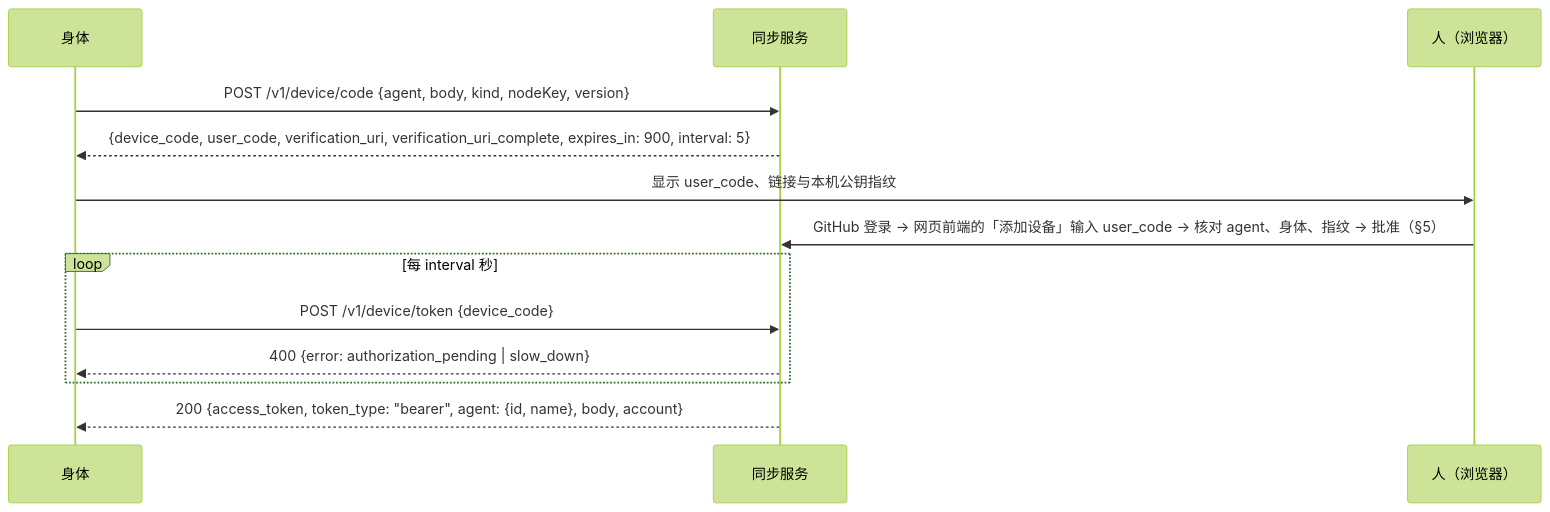
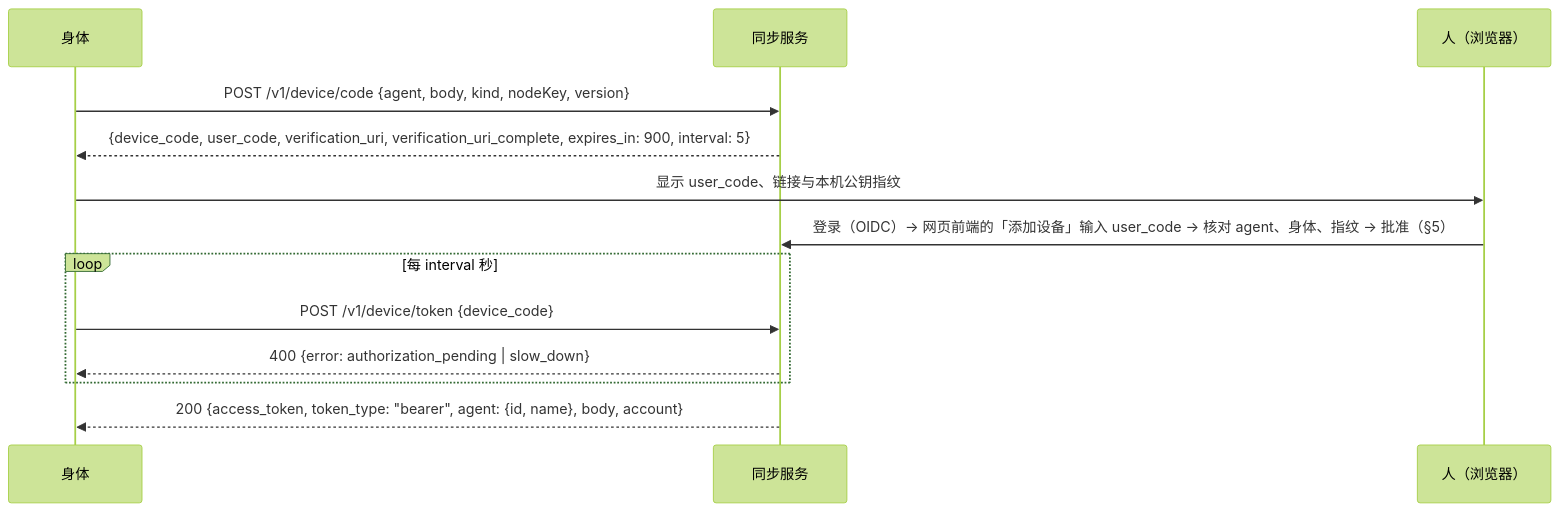
The first of 3 diagrams in sync/docs/PROTOCOL.md (Causally-XYZ/Project.Quetzal), drawn with Mermaid (forest theme) before and after one commit. The commit also changed other lines of this file and 24 other files, not shown here.

````diff
--- a/sync/docs/PROTOCOL.md
+++ b/sync/docs/PROTOCOL.md
@@ -15,15 +15,15 @@
 ```mermaid
 sequenceDiagram
   participant B as 身体
   participant S as 同步服务
   participant U as 人（浏览器）
   B->>S: POST /v1/device/code {agent, body, kind, nodeKey, version}
   S-->>B: {device_code, user_code, verification_uri, verification_uri_complete, expires_in: 900, interval: 5}
   B->>U: 显示 user_code、链接与本机公钥指纹
-  U->>S: GitHub 登录 → 网页前端的「添加设备」输入 user_code → 核对 agent、身体、指纹 → 批准（§5）
+  U->>S: 登录（OIDC）→ 网页前端的「添加设备」输入 user_code → 核对 agent、身体、指纹 → 批准（§5）
   loop 每 interval 秒
     B->>S: POST /v1/device/token {device_code}
     S-->>B: 400 {error: authorization_pending | slow_down}
   end
   S-->>B: 200 {access_token, token_type: "bearer", agent: {id, name}, body, account}
 ```
````
